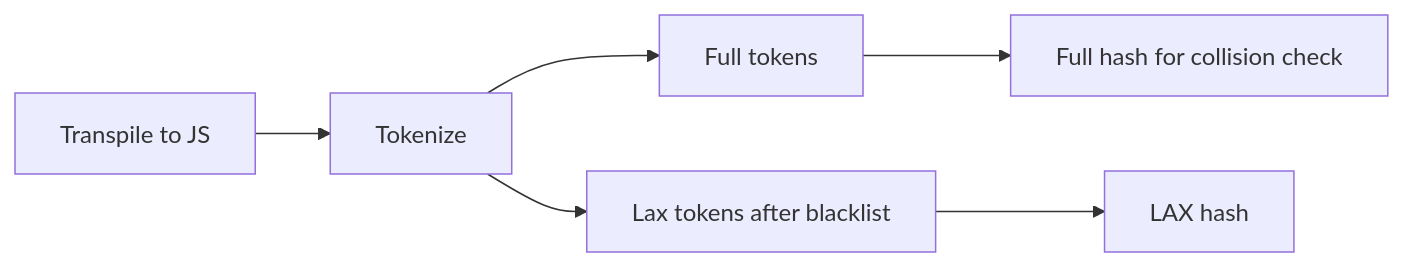
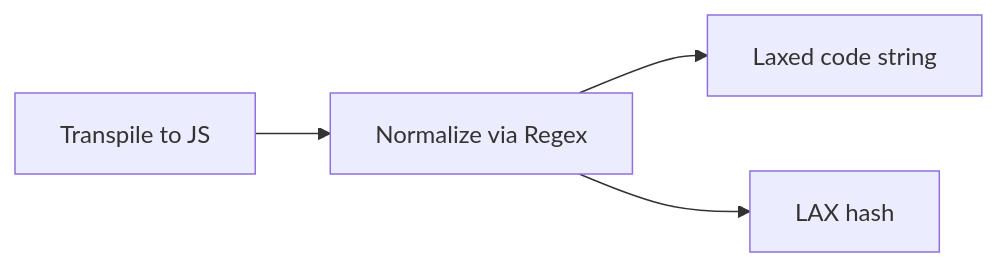
Before and after one commit to testronaut/testronaut: the first of 2 diagrams in specs/lax-approach.md, drawn with Mermaid. The commit also changed other lines of this file and 8 other files, not shown here.

````diff
--- a/specs/lax-approach.md
+++ b/specs/lax-approach.md
@@ -51,8 +51,6 @@
 ```mermaid
 flowchart LR
-  A[Transpile to JS] --> B[Tokenize]
-  B --> C[Full tokens]
-  B --> D[Lax tokens after blacklist]
-  C --> E[Full hash for collision check]
-  D --> F[LAX hash]
+  A[Transpile to JS] --> B[Normalize via Regex]
+  B --> C[Laxed code string]
+  B --> D[LAX hash]
 ```
````
